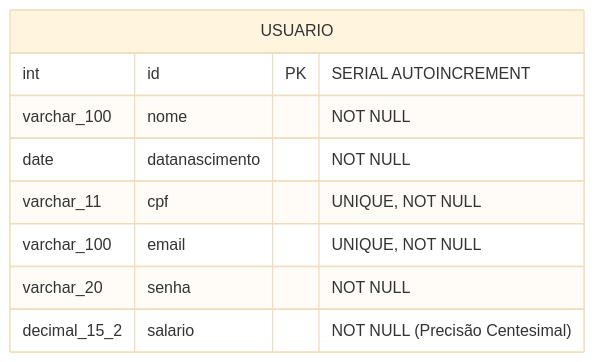
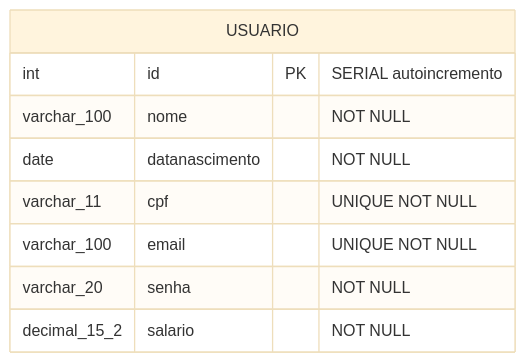
Before and after one commit to murilolol/unifef: the seventh of 19 diagrams in 3º Semestre/[Prof. Jefferson Passerini] Laboratório de Programação III/Resumos-IA/Caderno-Consolidado.md, drawn with Mermaid (base theme). The commit also changed other lines of this file and 40 other files, not shown here.

````diff
--- a/3º Semestre/[Prof. Jefferson Passerini] Laboratório de Programação III/Resumos-IA/Caderno-Consolidado.md
+++ b/3º Semestre/[Prof. Jefferson Passerini] Laboratório de Programação III/Resumos-IA/Caderno-Consolidado.md
@@ -597,12 +472,12 @@
 ```mermaid
 erDiagram
     USUARIO {
-        int id PK "SERIAL AUTOINCREMENT"
+        int id PK "SERIAL autoincremento"
         varchar_100 nome "NOT NULL"
         date datanascimento "NOT NULL"
-        varchar_11 cpf "UNIQUE, NOT NULL"
-        varchar_100 email "UNIQUE, NOT NULL"
+        varchar_11 cpf "UNIQUE NOT NULL"
+        varchar_100 email "UNIQUE NOT NULL"
         varchar_20 senha "NOT NULL"
-        decimal_15_2 salario "NOT NULL (Precisão Centesimal)"
+        decimal_15_2 salario "NOT NULL"
     }
 ```
````
